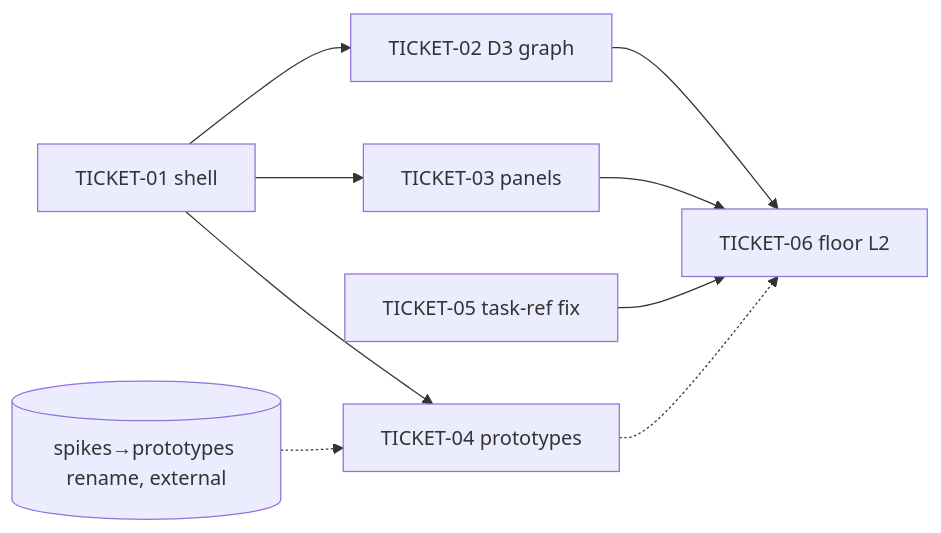
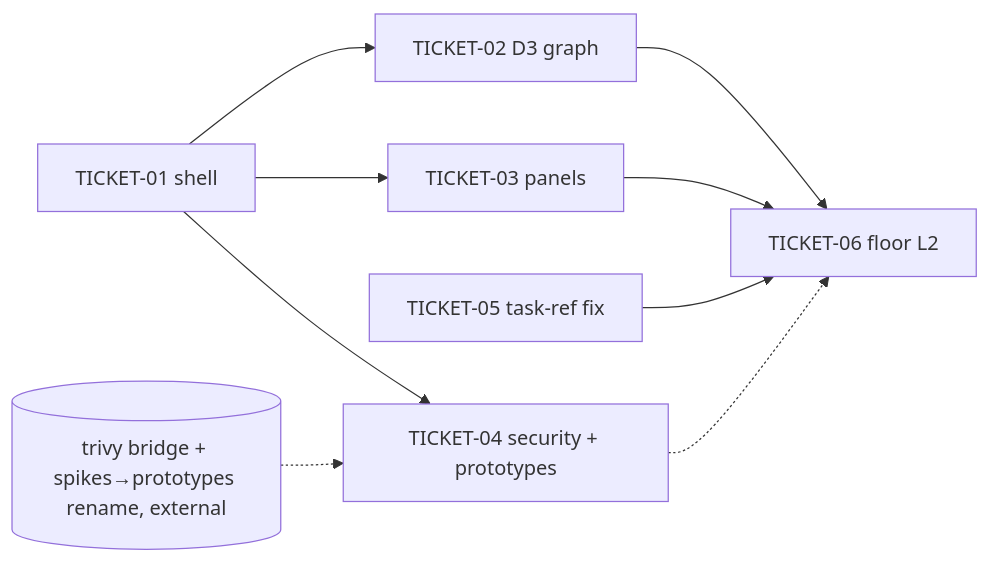
One commit to devopstales/skillgrid changed the diagram in .skillgrid/specs/2026-10-02-mnemonic-webui-rewrite/tasks.md. Above: the diagram before and after it, drawn with Mermaid. The commit also changed other lines of this file and 2 other files, not shown here.

First line of the commit message:
docs(specs): move the trivy endpoint gap into TICKET-04

````diff
--- a/.skillgrid/specs/2026-10-02-mnemonic-webui-rewrite/tasks.md
+++ b/.skillgrid/specs/2026-10-02-mnemonic-webui-rewrite/tasks.md
@@ -116,11 +117,11 @@
 ```mermaid
 graph LR
     T01[TICKET-01 shell] --> T02[TICKET-02 D3 graph]
     T01 --> T03[TICKET-03 panels]
-    T01 --> T04[TICKET-04 prototypes]
-    EXT[(spikes→prototypes rename, external)] -.-> T04
+    T01 --> T04[TICKET-04 security + prototypes]
+    EXT[(trivy bridge + spikes→prototypes rename, external)] -.-> T04
     T02 --> T06[TICKET-06 floor L2]
     T03 --> T06
     T05[TICKET-05 task-ref fix] --> T06
     T04 -.-> T06
 ```
````
